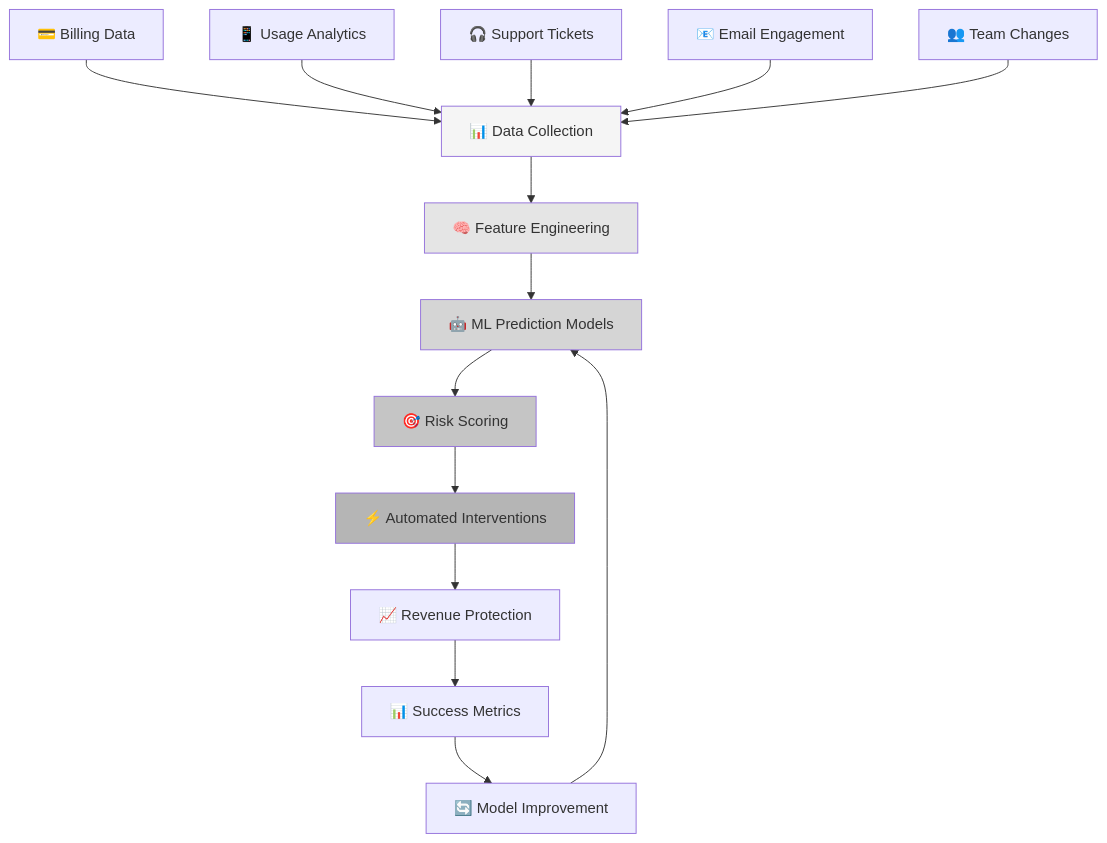
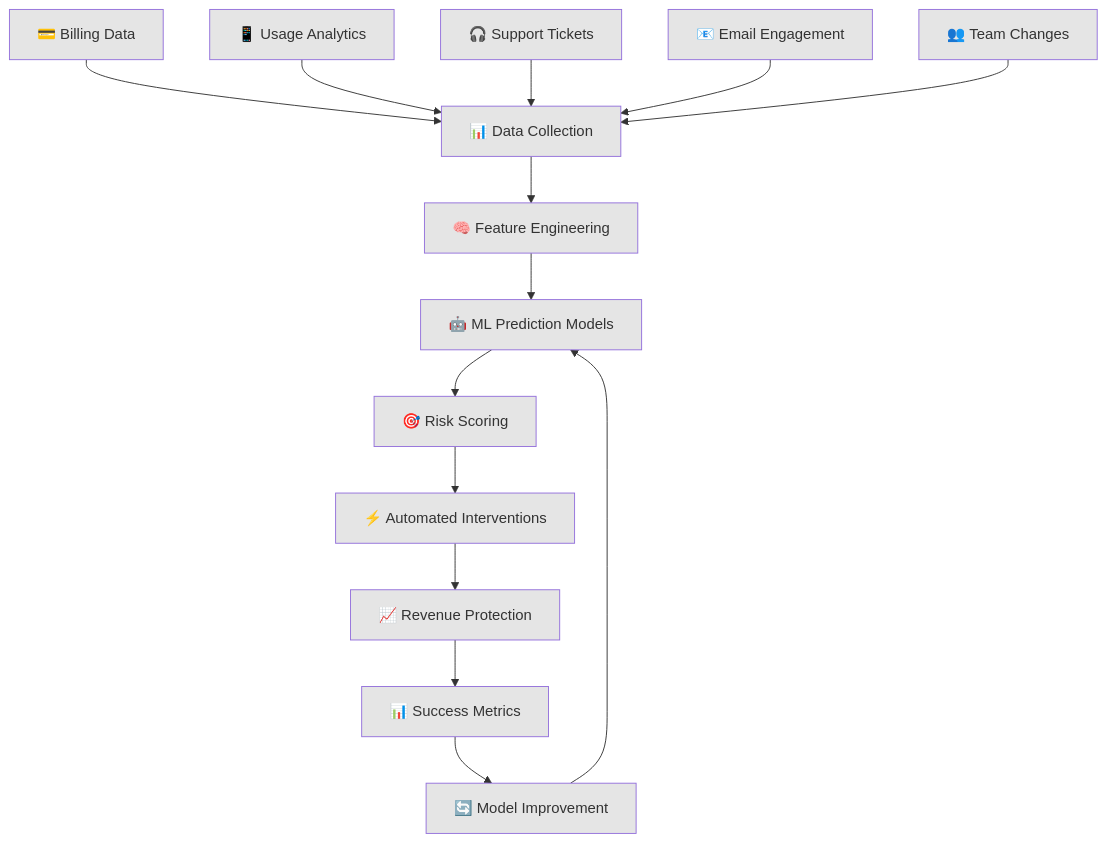
The first of 2 diagrams in README.md (fedorkriuk/the-hook-lab), drawn with Mermaid before and after one commit.

````diff
--- a/README.md
+++ b/README.md
@@ -27,24 +27,32 @@
 ```mermaid
 graph TD
     A[📊 Data Collection] --> B[🧠 Feature Engineering]
     B --> C[🤖 ML Prediction Models]
     C --> D[🎯 Risk Scoring]
     D --> E[⚡ Automated Interventions]
     
     A1[💳 Billing Data] --> A
     A2[📱 Usage Analytics] --> A
     A3[🎧 Support Tickets] --> A
     A4[📧 Email Engagement] --> A
     A5[👥 Team Changes] --> A
     
     E --> F[📈 Revenue Protection]
     F --> G[📊 Success Metrics]
     G --> H[🔄 Model Improvement]
     H --> C
     
-    style A fill:#f5f5f5
+    style A fill:#e5e5e5
     style B fill:#e5e5e5
-    style C fill:#d5d5d5
-    style D fill:#c5c5c5
-    style E fill:#b5b5b5
+    style C fill:#e5e5e5
+    style D fill:#e5e5e5
+    style E fill:#e5e5e5
+    style F fill:#e5e5e5
+    style G fill:#e5e5e5
+    style H fill:#e5e5e5
+    style A1 fill:#e5e5e5
+    style A2 fill:#e5e5e5
+    style A3 fill:#e5e5e5
+    style A4 fill:#e5e5e5
+    style A5 fill:#e5e5e5
 ```
````
